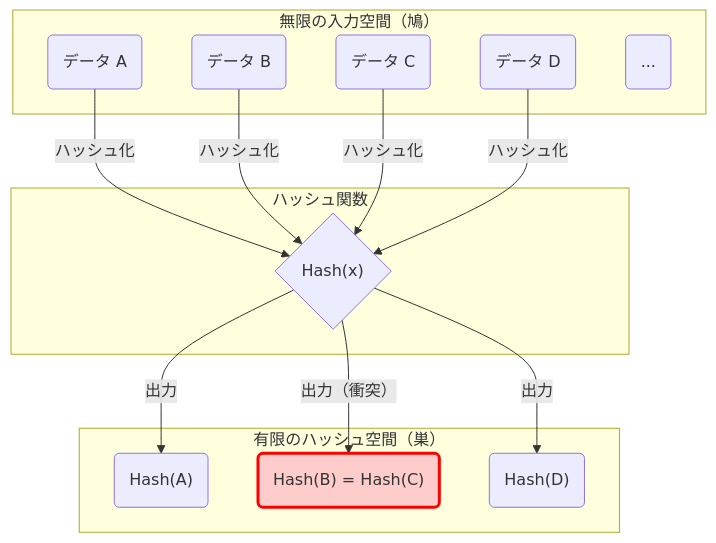
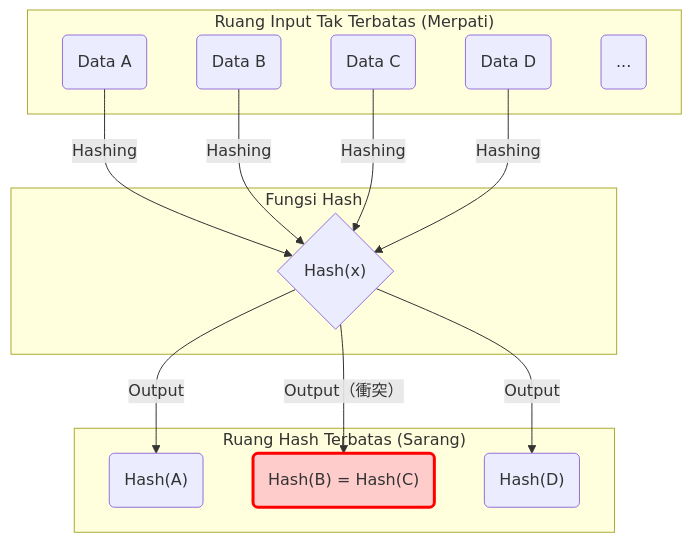
The first of 3 diagrams in content/post/pigeonhole-principle-hash-collision/index.id.md (kenjinote/blog), drawn with Mermaid before and after one commit. The commit also changed other lines of this file and 28 other files, not shown here.

Commit message:
Translate Japanese text inside Mermaid diagrams to respective languages

````diff
--- a/content/post/pigeonhole-principle-hash-collision/index.id.md
+++ b/content/post/pigeonhole-principle-hash-collision/index.id.md
@@ -70,31 +70,31 @@
 ```mermaid
 graph TD
-    subgraph "無限の入力空間（鳩）"
-        A("データ A")
-        B("データ B")
-        C("データ C")
-        D("データ D")
+    subgraph "Ruang Input Tak Terbatas (Merpati)"
+        A("Data A")
+        B("Data B")
+        C("Data C")
+        D("Data D")
         E("...")
     end
 
-    subgraph "ハッシュ関数"
+    subgraph "Fungsi Hash"
         H{"Hash(x)"}
     end
 
-    subgraph "有限のハッシュ空間（巣）"
+    subgraph "Ruang Hash Terbatas (Sarang)"
         V1("Hash(A)")
         V2("Hash(B) = Hash(C)")
         V3("Hash(D)")
     end
 
-    A -->|"ハッシュ化"| H
-    B -->|"ハッシュ化"| H
-    C -->|"ハッシュ化"| H
-    D -->|"ハッシュ化"| H
+    A -->|"Hashing"| H
+    B -->|"Hashing"| H
+    C -->|"Hashing"| H
+    D -->|"Hashing"| H
 
-    H -->|"出力"| V1
-    H -->|"出力（衝突）"| V2
-    H -->|"出力"| V3
+    H -->|"Output"| V1
+    H -->|"Output（衝突）"| V2
+    H -->|"Output"| V3
 
     style V2 fill:#ffcccc,stroke:#ff0000,stroke-width:3px;
 ```
````
